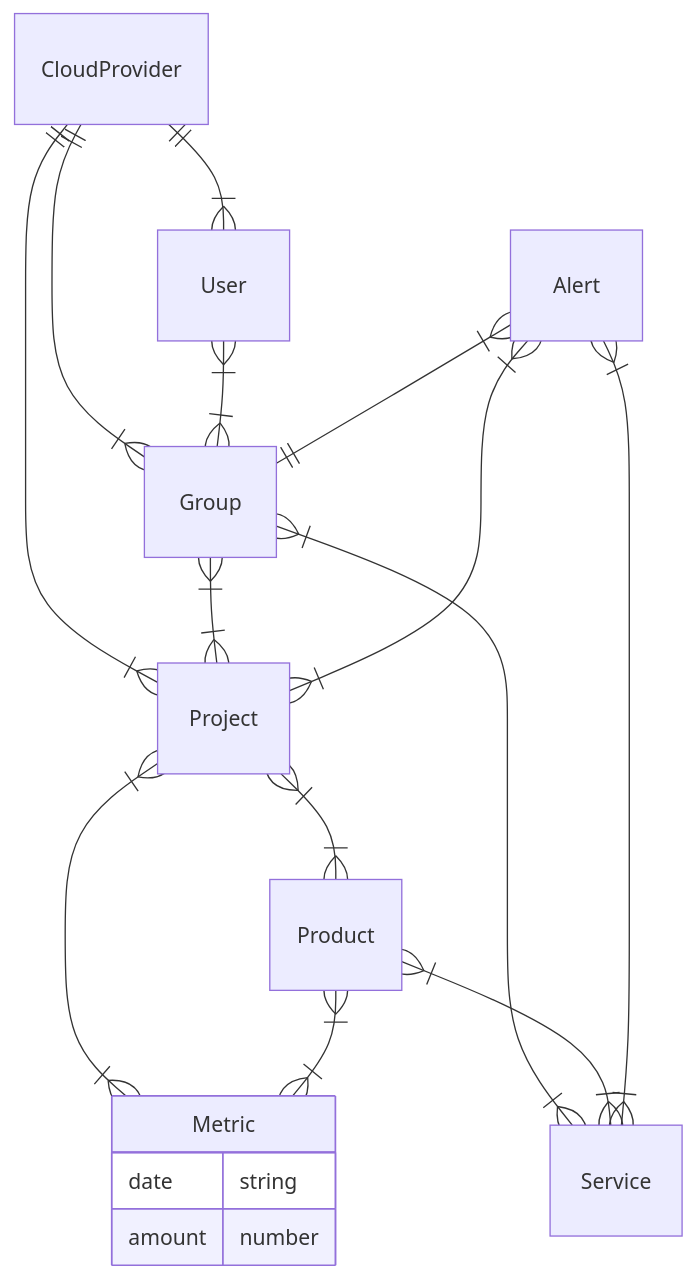
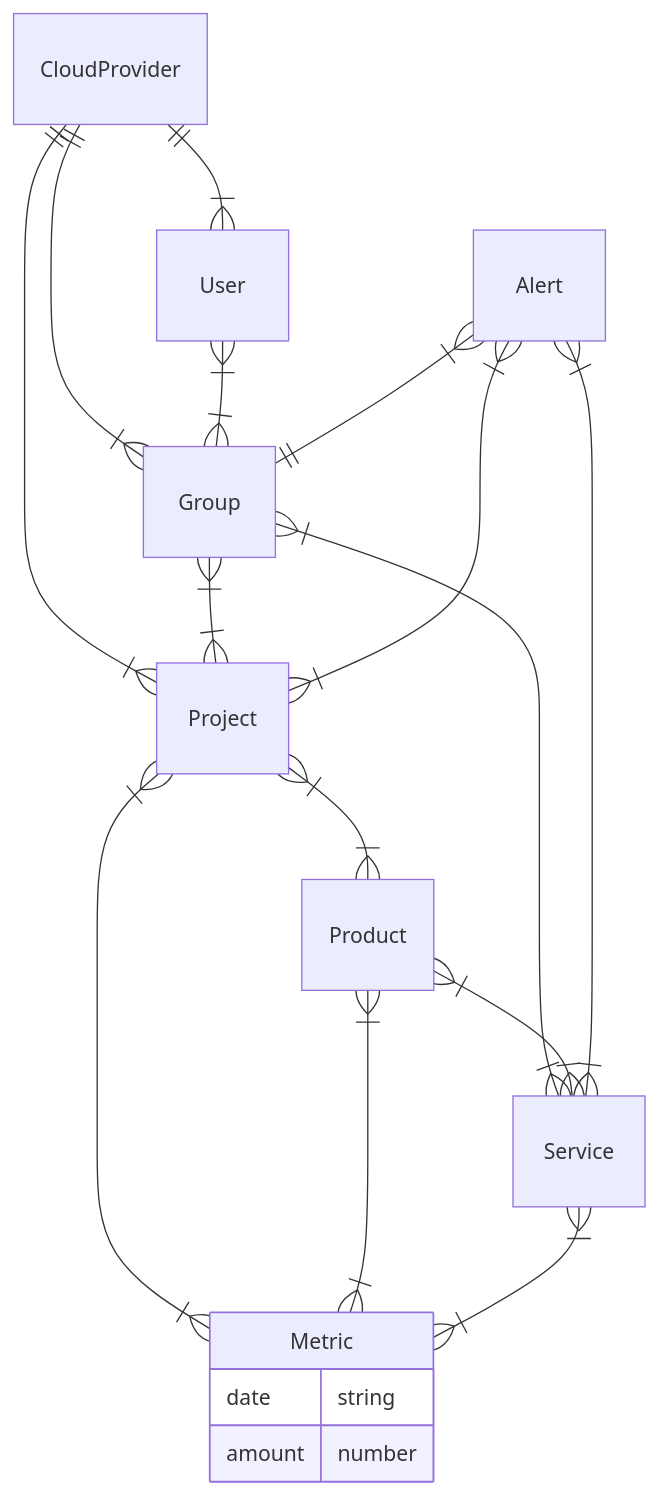
The first of 2 diagrams in docs/index.md (seizadi/cost-insights-backend), drawn with Mermaid before and after one commit. The commit also changed other lines of this file, not shown here.

````diff
--- a/docs/index.md
+++ b/docs/index.md
@@ -40,20 +42,21 @@
 ```mermaid
 erDiagram
     Metric {
         date string
         amount number
     }
     CloudProvider ||--|{ User : ""
     CloudProvider ||--|{ Group : ""
     CloudProvider ||--|{ Project : ""
     User }|--|{ Group : ""
     Group }|--|{ Project : ""    
     Project }|--|{ Product : ""
     Project }|--|{ Metric : ""
     Product }|--|{ Metric : ""
+    Service }|--|{ Metric : ""
     Alert }|--|{ Project : ""
     Alert }|--|| Group : ""
     Group }|--|{ Service : ""
     Product }|--|{ Service : ""
     Alert }|--|{ Service : ""
 ```
````
